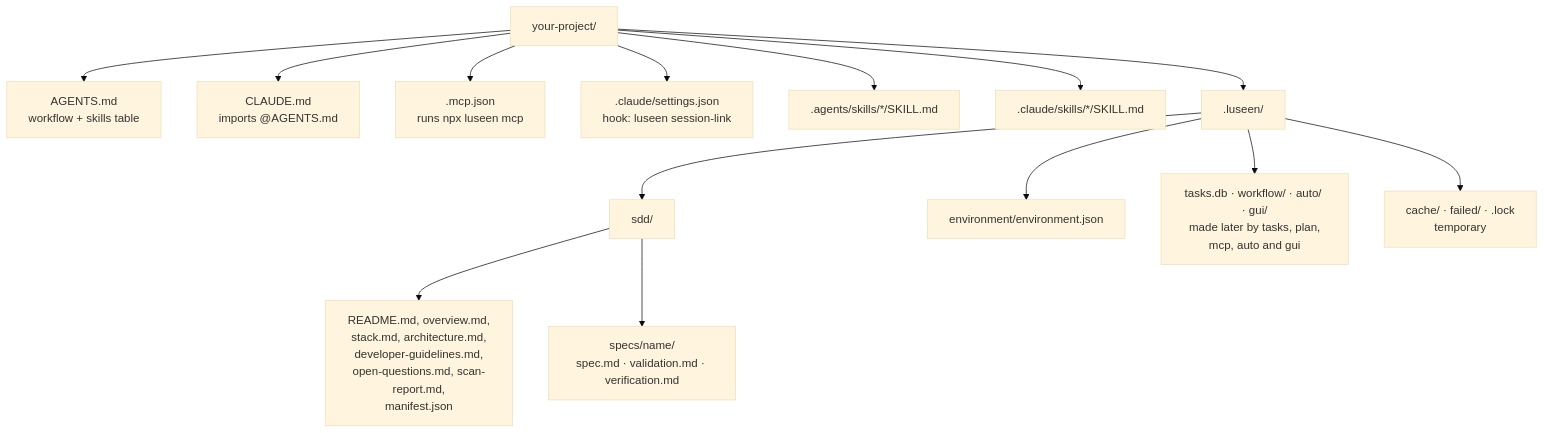
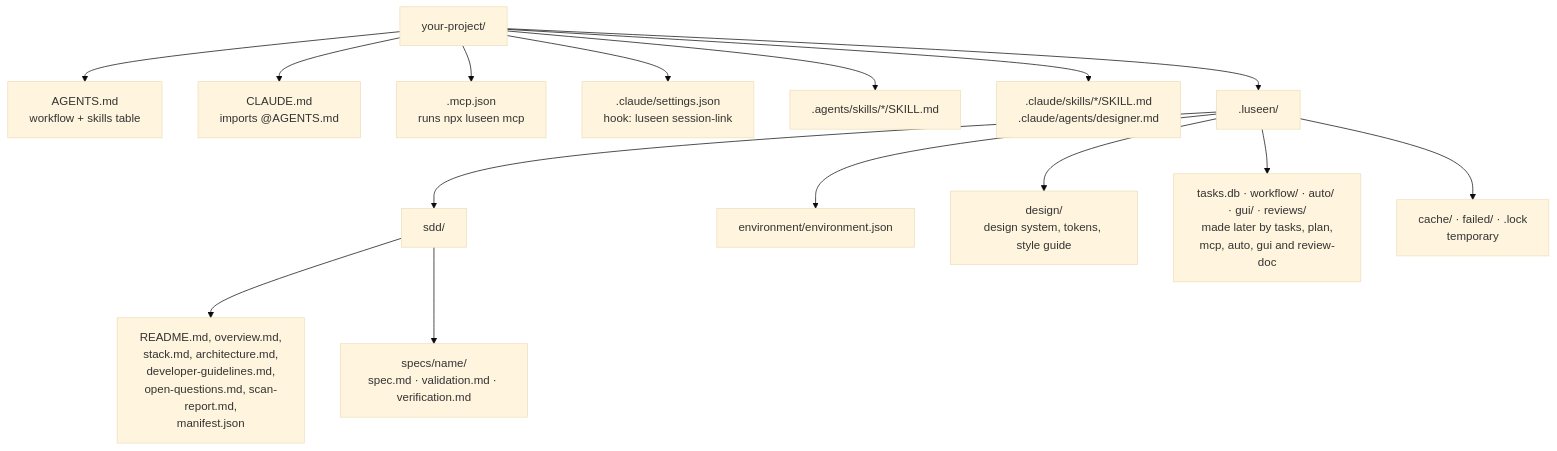
One commit to Hayko97/cclinic changed the tenth of 10 diagrams in SETUP_FLOW.md. Above: the diagram before and after it, drawn with Mermaid (base theme). The commit also changed other lines of this file and 2 other files, not shown here.

Commit message:
docs: update README and setup flow, add new project flow

````diff
--- a/SETUP_FLOW.md
+++ b/SETUP_FLOW.md
@@ -103,17 +572,18 @@
 ```mermaid
 flowchart TD
     Root[your-project/]
     Root --> A[AGENTS.md<br/>workflow + skills table]
     Root --> B[CLAUDE.md<br/>imports @AGENTS.md]
     Root --> MC[.mcp.json<br/>runs npx luseen mcp]
     Root --> CS[.claude/settings.json<br/>hook: luseen session-link]
     Root --> Ag[.agents/skills/*/SKILL.md]
-    Root --> Cl[.claude/skills/*/SKILL.md]
+    Root --> Cl[.claude/skills/*/SKILL.md<br/>.claude/agents/designer.md]
     Root --> CC[.luseen/]
     CC --> SDD[sdd/]
     SDD --> R[README.md, overview.md,<br/>stack.md, architecture.md,<br/>developer-guidelines.md,<br/>open-questions.md, scan-report.md,<br/>manifest.json]
     SDD --> SPECS[specs/name/<br/>spec.md · validation.md · verification.md]
     CC --> Env[environment/environment.json]
-    CC --> Later[tasks.db · workflow/ · auto/ · gui/<br/>made later by tasks, plan,<br/>mcp, auto and gui]
+    CC --> Des[design/<br/>design system, tokens, style guide]
+    CC --> Later[tasks.db · workflow/ · auto/ · gui/ · reviews/<br/>made later by tasks, plan,<br/>mcp, auto, gui and review-doc]
     CC --> Cache[cache/ · failed/ · .lock<br/>temporary]
 ```
````
